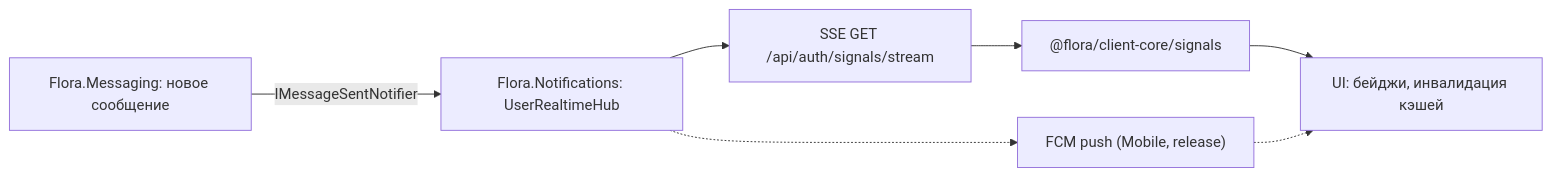
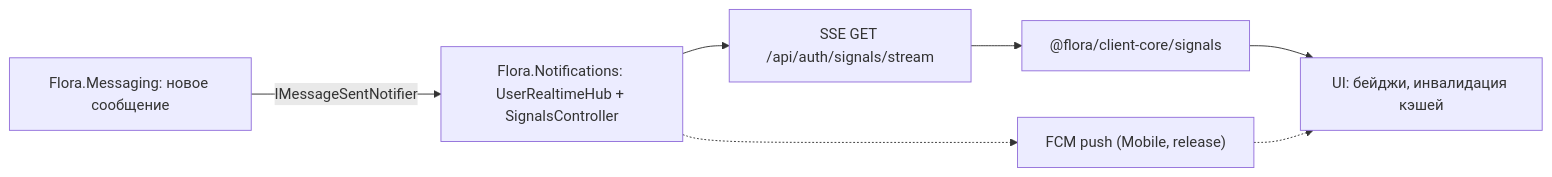
The fifth of 6 diagrams in ARCHITECTURE.md (effka11/Flora.Ecosystem), drawn with Mermaid before and after one commit. The commit also changed other lines of this file, not shown here.

Commit message:
docs(ecosystem): architecture file update

````diff
--- a/ARCHITECTURE.md
+++ b/ARCHITECTURE.md
@@ -198,16 +204,16 @@
 ```mermaid
 flowchart LR
     Msg["Flora.Messaging: новое сообщение"]
-    Notif["Flora.Notifications: UserRealtimeHub"]
+    Notif["Flora.Notifications: UserRealtimeHub + SignalsController"]
     Sse["SSE GET /api/auth/signals/stream"]
     Sig["@flora/client-core/signals"]
     UI["UI: бейджи, инвалидация кэшей"]
     Fcm["FCM push (Mobile, release)"]
 
     Msg -->|"IMessageSentNotifier"| Notif
     Notif --> Sse
     Notif -.-> Fcm
     Sse --> Sig
     Sig --> UI
     Fcm -.-> UI
 ```
````
